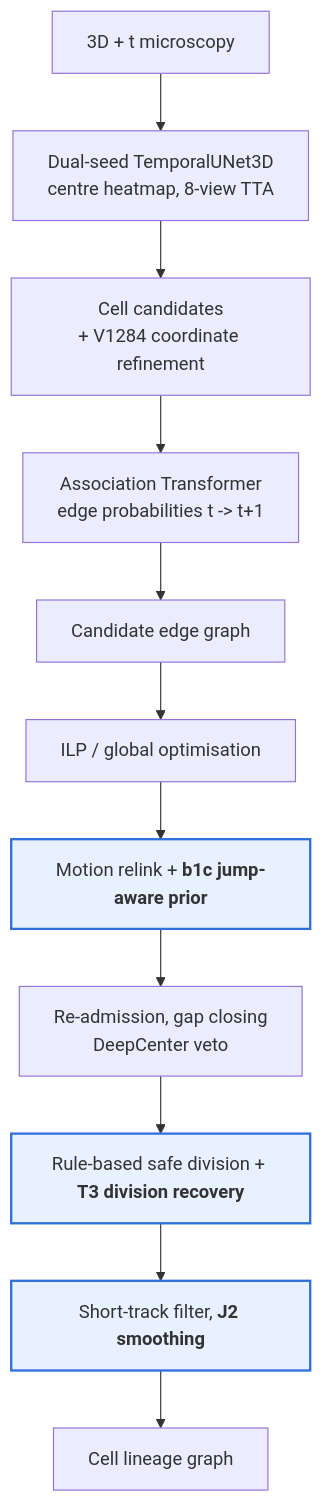
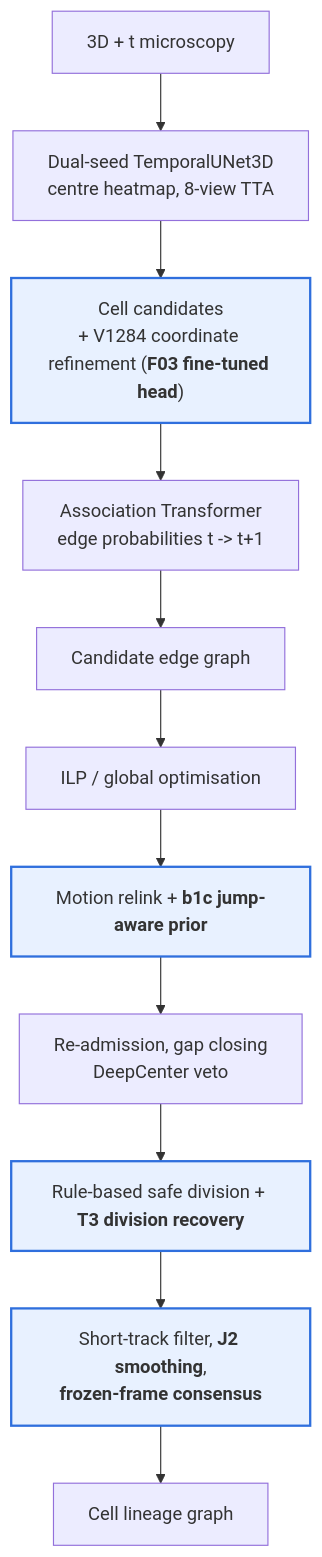
One commit to YamauchiYudai/biohub-cell-tracking-solution changed the diagram in README.md. Above: the diagram before and after it, drawn with Mermaid. The commit also changed other lines of this file and 18 other files, not shown here.

````diff
--- a/README.md
+++ b/README.md
@@ -51,16 +54,16 @@
 ```mermaid
 flowchart TD
     A[3D + t microscopy] --> B[Dual-seed TemporalUNet3D<br/>centre heatmap, 8-view TTA]
-    B --> C[Cell candidates<br/>+ V1284 coordinate refinement]
+    B --> C["Cell candidates<br/>+ V1284 coordinate refinement (<b>F03 fine-tuned head</b>)"]
     C --> D[Association Transformer<br/>edge probabilities t -> t+1]
     D --> E[Candidate edge graph]
     E --> F[ILP / global optimisation]
     F --> G["Motion relink + <b>b1c jump-aware prior</b>"]
     G --> H[Re-admission, gap closing<br/>DeepCenter veto]
     H --> I["Rule-based safe division + <b>T3 division recovery</b>"]
-    I --> J["Short-track filter, <b>J2 smoothing</b>"]
+    I --> J["Short-track filter, <b>J2 smoothing</b>,<br/><b>frozen-frame consensus</b>"]
     J --> K[Cell lineage graph]
 
     classDef team fill:#e8f1ff,stroke:#2f6fdd,stroke-width:2px;
-    class G,I,J team;
+    class C,G,I,J team;
 ```
````
